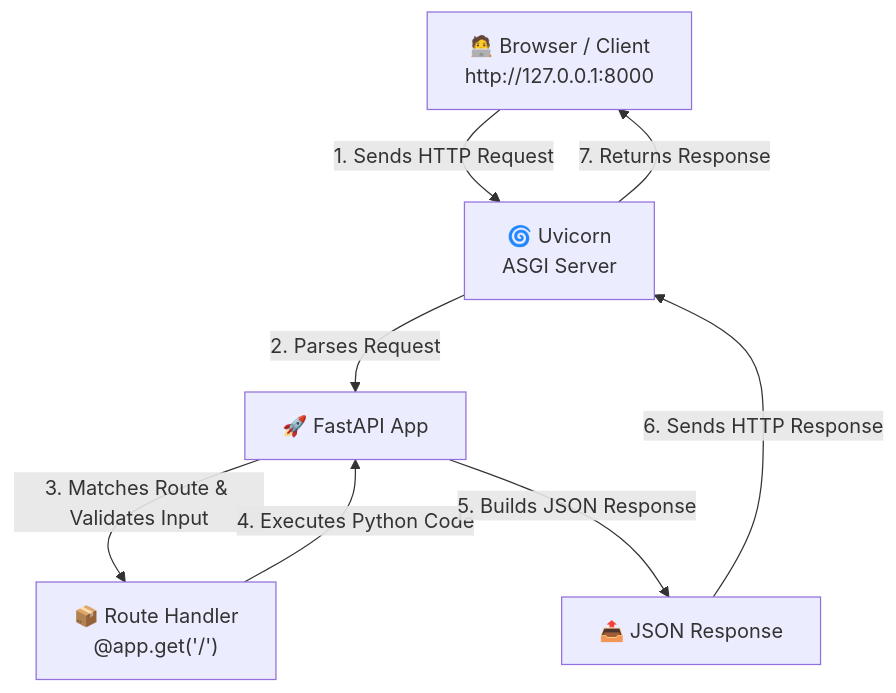
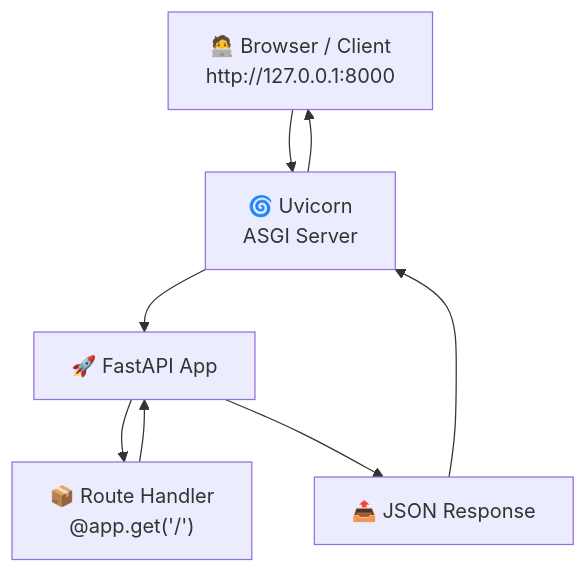
One commit to berserkhmdvhb/Training-API changed the first of 2 diagrams in README.md. Above: the diagram before and after it, drawn with Mermaid.

````diff
--- a/README.md
+++ b/README.md
@@ -6,16 +6,16 @@
 ```mermaid
 graph TD
     Browser["🧑‍💻 Browser / Client\nhttp://127.0.0.1:8000"]
     Uvicorn["🌀 Uvicorn\nASGI Server"]
     FastAPI["🚀 FastAPI App"]
     Route["📦 Route Handler\n@app.get('/')"]
     JSON["📤 JSON Response"]
 
-    Browser -->|1. Sends HTTP Request| Uvicorn
-    Uvicorn -->|2. Parses Request| FastAPI
-    FastAPI -->|3. Matches Route & Validates Input| Route
-    Route -->|4. Executes Python Code| FastAPI
-    FastAPI -->|5. Builds JSON Response| JSON
-    JSON -->|6. Sends HTTP Response| Uvicorn
-    Uvicorn -->|7. Returns Response| Browser
+    Browser --> Uvicorn
+    Uvicorn --> FastAPI
+    FastAPI --> Route
+    Route --> FastAPI
+    FastAPI --> JSON
+    JSON --> Uvicorn
+    Uvicorn --> Browser
 ```
````
